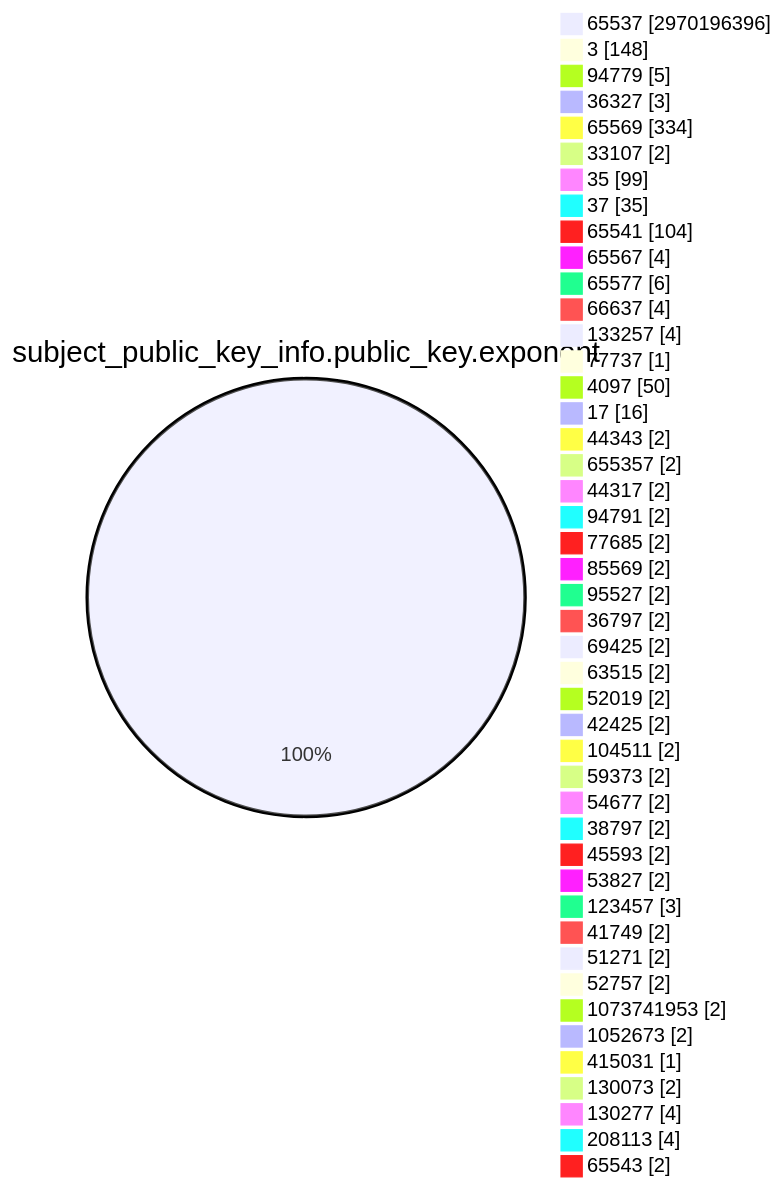
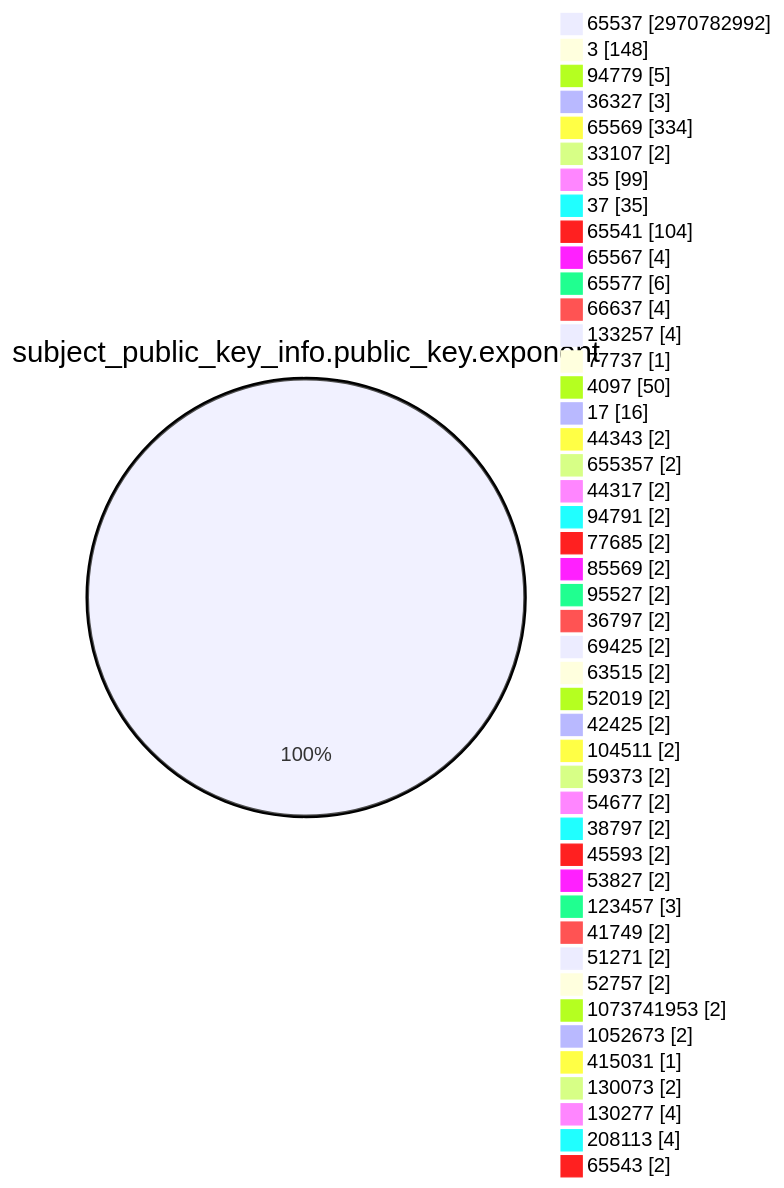
Before and after one commit to christiankrug/ctmonitor_visualization: the fourth of 15 diagrams in TOTAL/README.md, drawn with Mermaid. The commit also changed other lines of this file, not shown here.

````diff
--- a/TOTAL/README.md
+++ b/TOTAL/README.md
@@ -1471,49 +1471,49 @@
 ```mermaid
 pie showData
 title subject_public_key_info.public_key.exponent
-"65537" :2970196396
+"65537" :2970782992
 "3" :148
 "94779" :5
 "36327" :3
 "65569" :334
 "33107" :2
 "35" :99
 "37" :35
 "65541" :104
 "65567" :4
 "65577" :6
 "66637" :4
 "133257" :4
 "77737" :1
 "4097" :50
 "17" :16
 "44343" :2
 "655357" :2
 "44317" :2
 "94791" :2
 "77685" :2
 "85569" :2
 "95527" :2
 "36797" :2
 "69425" :2
 "63515" :2
 "52019" :2
 "42425" :2
 "104511" :2
 "59373" :2
 "54677" :2
 "38797" :2
 "45593" :2
 "53827" :2
 "123457" :3
 "41749" :2
 "51271" :2
 "52757" :2
 "1073741953" :2
 "1052673" :2
 "415031" :1
 "130073" :2
 "130277" :4
 "208113" :4
 "65543" :2
 ```
````
